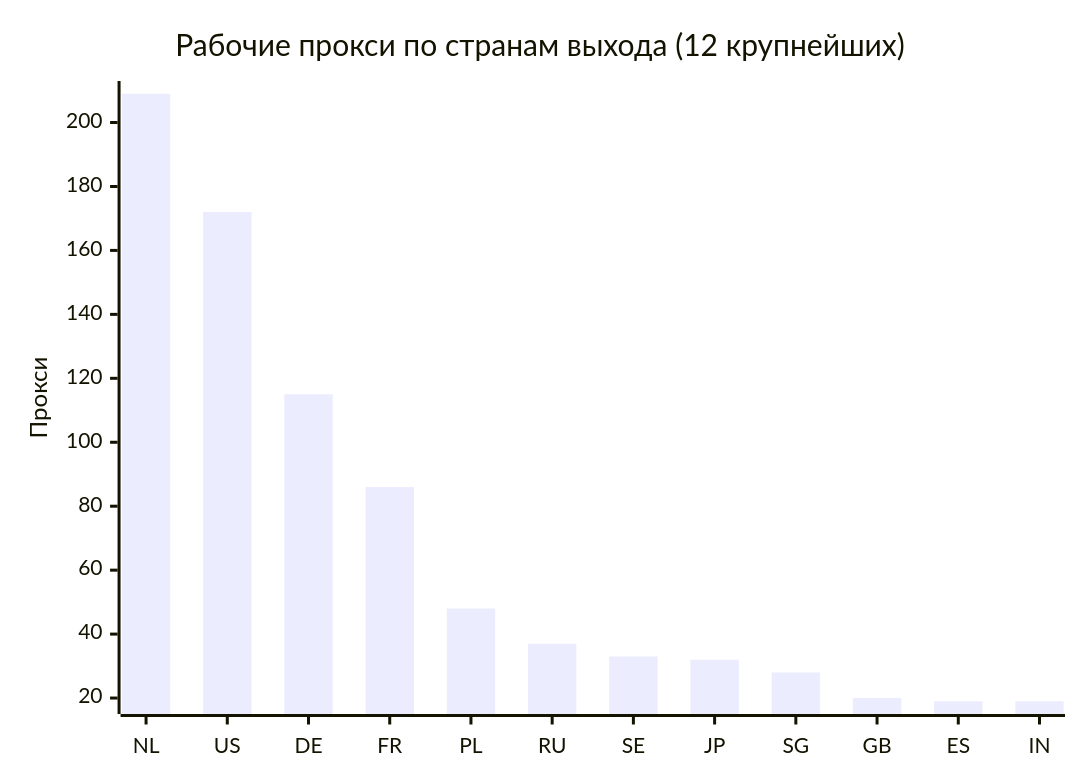
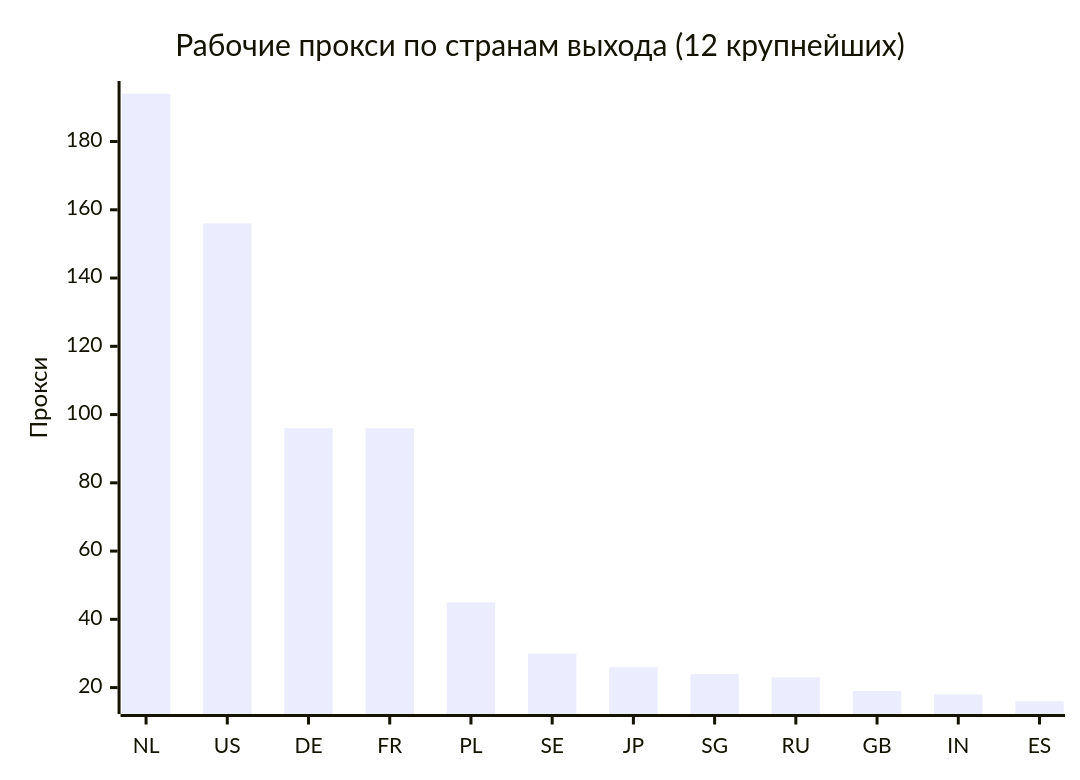
Before and after one commit to rvvg/proxy-subs: the second of 4 diagrams in README.md, drawn with Mermaid. The commit also changed other lines of this file and 43 other files, not shown here.

````diff
--- a/README.md
+++ b/README.md
@@ -123,7 +126,7 @@
 ```mermaid
 xychart-beta
     title "Рабочие прокси по странам выхода (12 крупнейших)"
-    x-axis ["NL", "US", "DE", "FR", "PL", "RU", "SE", "JP", "SG", "GB", "ES", "IN"]
+    x-axis ["NL", "US", "DE", "FR", "PL", "SE", "JP", "SG", "RU", "GB", "IN", "ES"]
     y-axis "Прокси"
-    bar [209, 172, 115, 86, 48, 37, 33, 32, 28, 20, 19, 19]
+    bar [194, 156, 96, 96, 45, 30, 26, 24, 23, 19, 18, 16]
 ```
````
